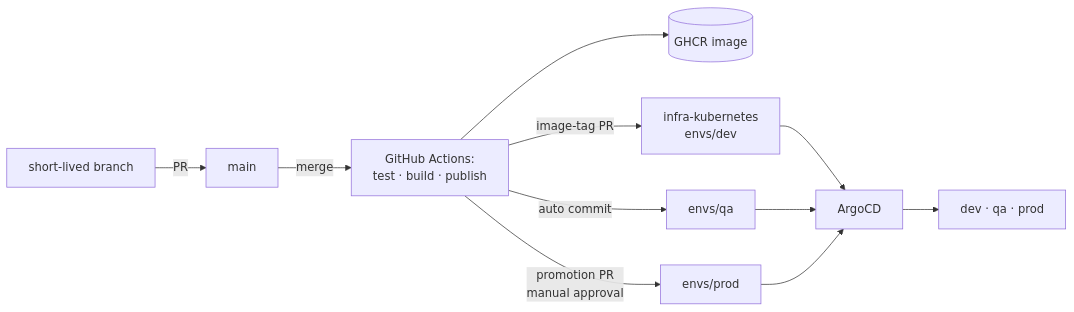
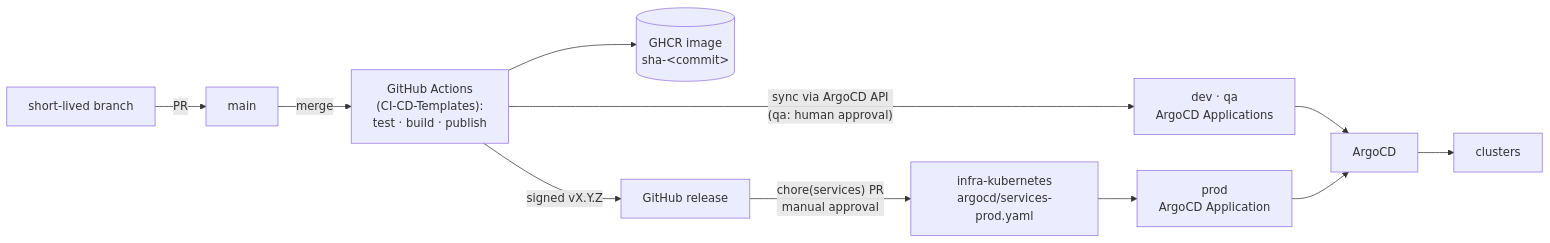
One commit to sca-templates/sca-docs changed the diagram in 00-ecosystem/platform-overview.md. Above: the diagram before and after it, drawn with Mermaid. The commit also changed other lines of this file and 19 other files, not shown here.

First line of the commit message:
ci: adopt shared CI/CD templates and document promote/pin model (#1)

````diff
--- a/00-ecosystem/platform-overview.md
+++ b/00-ecosystem/platform-overview.md
@@ -56,11 +56,13 @@
 ```mermaid
 flowchart LR
     BR["short-lived branch"] -- "PR" --> MAIN["main"]
-    MAIN -- "merge" --> ACT["GitHub Actions:<br>test · build · publish"]
-    ACT --> GHCR[("GHCR image")]
-    ACT -- "image-tag PR" --> DEVTAG["infra-kubernetes<br>envs/dev"]
-    ACT -- "auto commit" --> QATAG["envs/qa"]
-    ACT -- "promotion PR<br>manual approval" --> PRODTAG["envs/prod"]
-    DEVTAG & QATAG & PRODTAG --> ARGO["ArgoCD"]
-    ARGO --> ENV["dev · qa · prod"]
+    MAIN -- "merge" --> ACT["GitHub Actions<br>(CI-CD-Templates):<br>test · build · publish"]
+    ACT --> GHCR[("GHCR image<br>sha-&lt;commit&gt;")]
+    ACT -- "sync via ArgoCD API<br>(qa: human approval)" --> DEVQA["dev · qa<br>ArgoCD Applications"]
+    ACT -- "signed vX.Y.Z" --> REL["GitHub release"]
+    REL -- "chore(services) PR<br>manual approval" --> PIN["infra-kubernetes<br>argocd/services-prod.yaml"]
+    PIN --> PROD["prod<br>ArgoCD Application"]
+    DEVQA --> ARGO["ArgoCD"]
+    PROD --> ARGO
+    ARGO --> ENV["clusters"]
 ```
````
